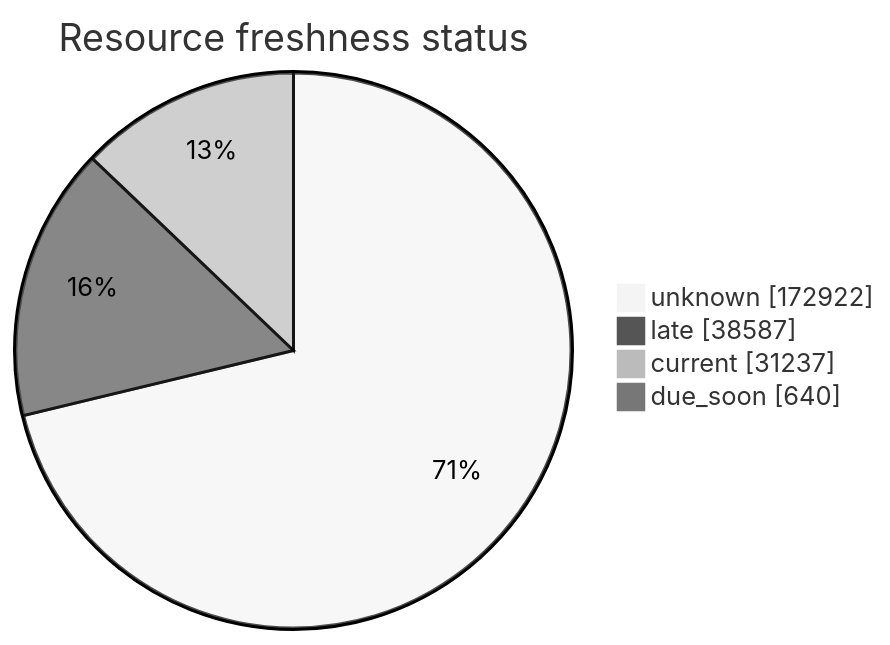
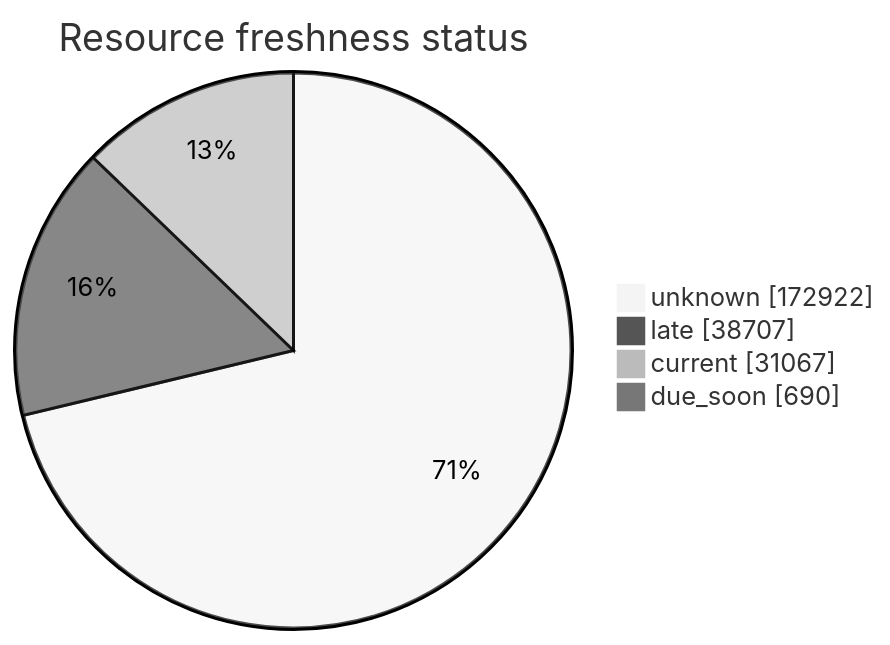
One commit to open-data/analytics-corporate-reporting changed the third of 5 diagrams in FreshCheck/README.md. Above: the diagram before and after it, drawn with Mermaid (neutral theme). The commit also changed other lines of this file and 3 other files, not shown here.

````diff
--- a/FreshCheck/README.md
+++ b/FreshCheck/README.md
@@ -77,7 +77,7 @@
 ```mermaid
 pie showData title Resource freshness status
     "unknown": 172922
-    "late": 38587
-    "current": 31237
-    "due_soon": 640
+    "late": 38707
+    "current": 31067
+    "due_soon": 690
 ```
````
